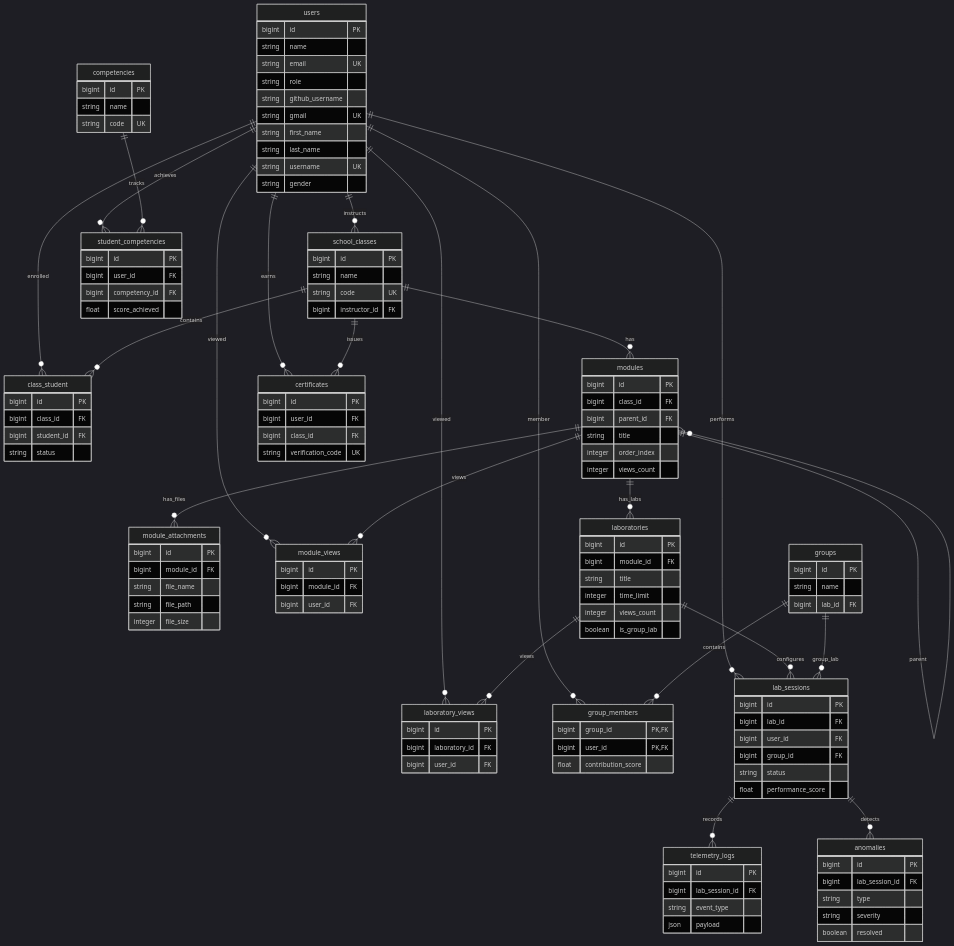
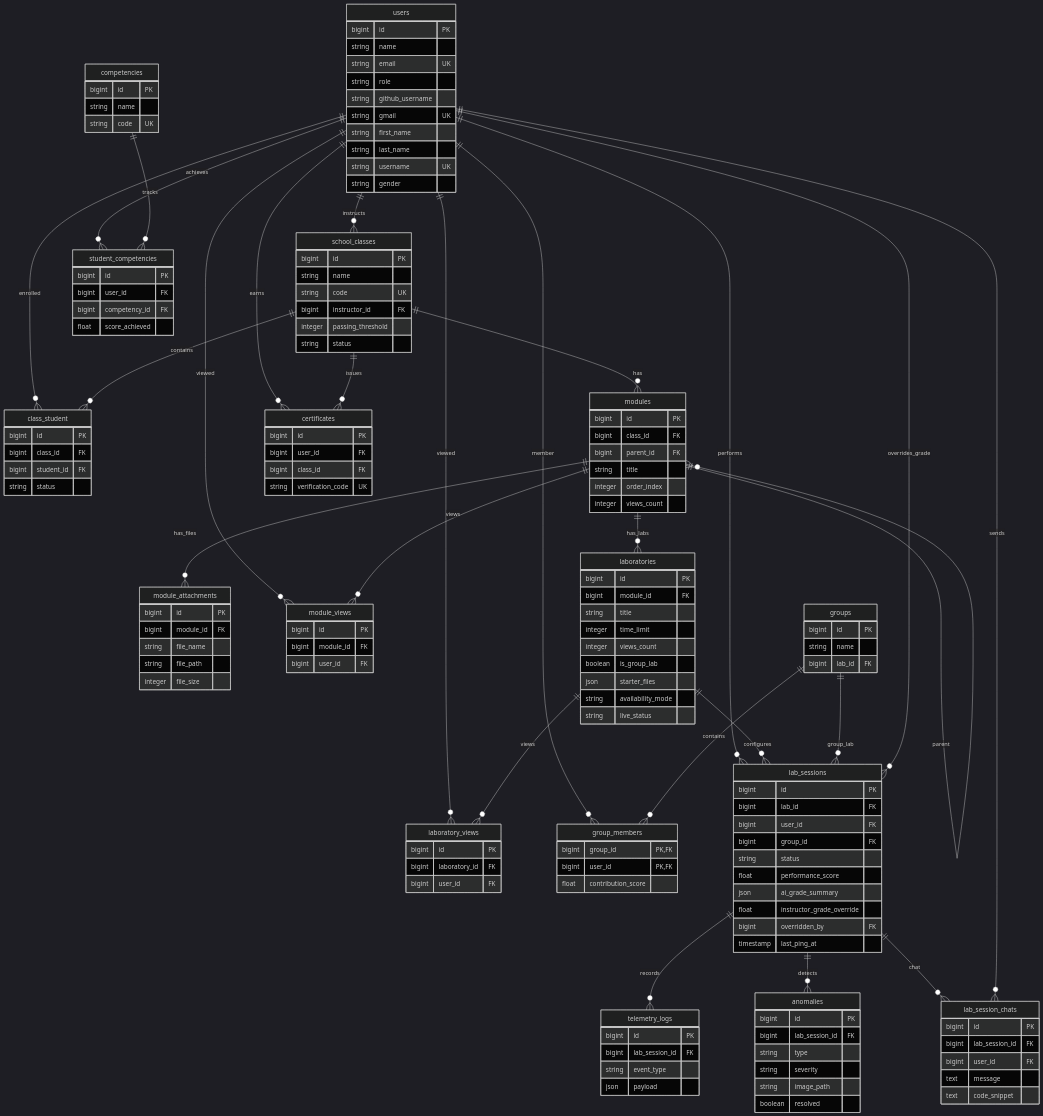
One commit to vhengie02/Certicode-Labs changed the diagram in database/ERD_INSTRUCTIONS.md. Above: the diagram before and after it, drawn with Mermaid (dark theme). The commit also changed other lines of this file and 6 other files, not shown here.

First line of the commit message:
docs: sync ERD with migrations; add graphify knowledge-graph tooling

```diff
--- a/database/ERD_INSTRUCTIONS.md
+++ b/database/ERD_INSTRUCTIONS.md
@@ -255,6 +294,8 @@
         string name
         string code UK
         bigint instructor_id FK
+        integer passing_threshold
+        string status
     }
 
     class_student {
@@ -294,6 +335,9 @@
         integer time_limit
         integer views_count
         boolean is_group_lab
+        json starter_files
+        string availability_mode
+        string live_status
     }
 
     laboratory_views {
@@ -321,6 +365,18 @@
         bigint group_id FK
         string status
         float performance_score
+        json ai_grade_summary
+        float instructor_grade_override
+        bigint overridden_by FK
+        timestamp last_ping_at
+    }
+
+    lab_session_chats {
+        bigint id PK
+        bigint lab_session_id FK
+        bigint user_id FK
+        text message
+        text code_snippet
     }
 
     telemetry_logs {
@@ -335,6 +391,7 @@
         bigint lab_session_id FK
         string type
         string severity
+        string image_path
         boolean resolved
     }
 
@@ -371,6 +428,9 @@
     
     lab_sessions ||--o{ telemetry_logs : "records"
     lab_sessions ||--o{ anomalies : "detects"
+    lab_sessions ||--o{ lab_session_chats : "chat"
+    users ||--o{ lab_session_chats : "sends"
+    users ||--o{ lab_sessions : "overrides_grade"
     
     users ||--o{ student_competencies : "achieves"
     competencies ||--o{ student_competencies : "tracks"
```
